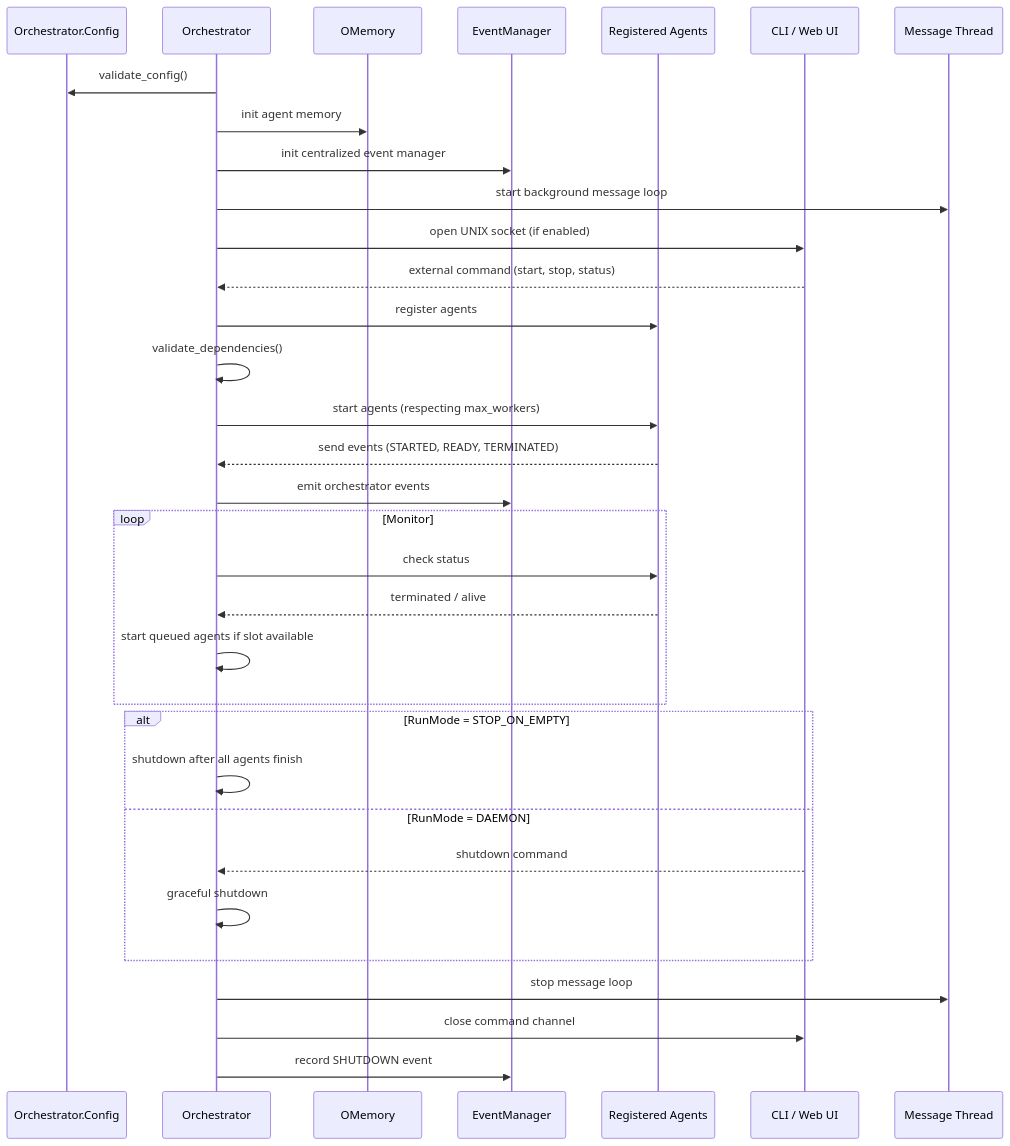
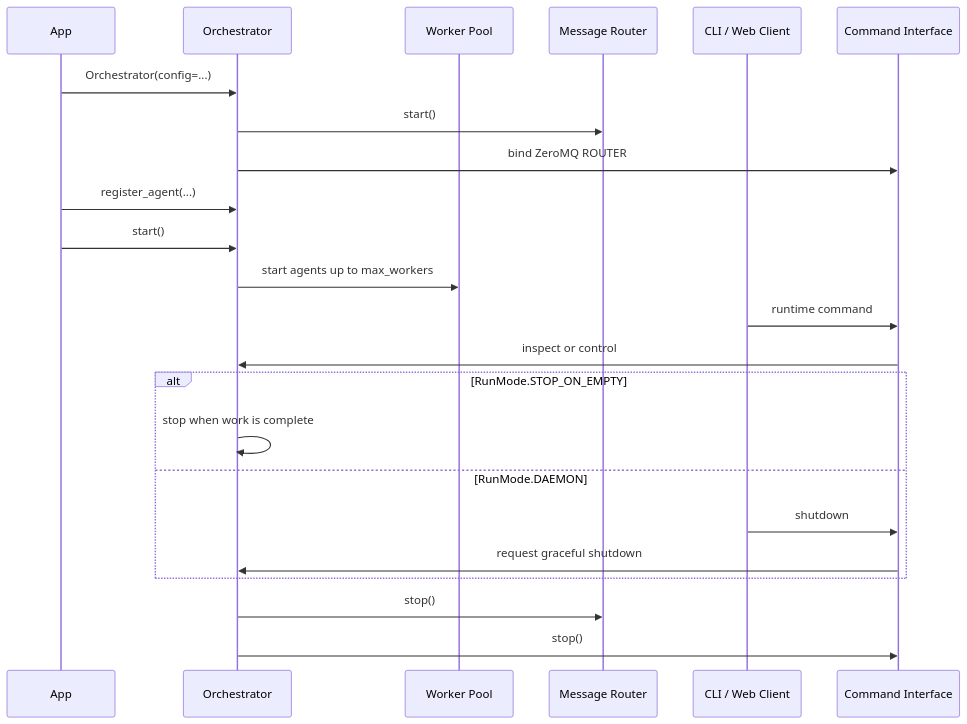
The diagram in docs/learn/orchestrator/built-in-orchestrator/baseorchestrator.mdx (giulio333/PyOrchestrate), drawn with Mermaid before and after one commit. The commit also changed other lines of this file and 13 other files, not shown here.

Commit message:
docs: align CLI and orchestrator references

````diff
--- a/docs/learn/orchestrator/built-in-orchestrator/baseorchestrator.mdx
+++ b/docs/learn/orchestrator/built-in-orchestrator/baseorchestrator.mdx
@@ -17,42 +13,28 @@
 ```mermaid
 sequenceDiagram
-    participant Config as Orchestrator.Config
-    participant Orchestrator as Orchestrator
-    participant Memory as OMemory
-    participant EventManager as EventManager
-    participant Agents as Registered Agents
-    participant CLI as CLI / Web UI
-    participant MsgThread as Message Thread
+    participant App
+    participant Orchestrator
+    participant Workers as Worker Pool
+    participant Router as Message Router
+    participant CLI as CLI / Web Client
+    participant Commands as Command Interface
 
-    Orchestrator->>Config: validate_config()
-    Orchestrator->>Memory: init agent memory
-    Orchestrator->>EventManager: init centralized event manager
-    Orchestrator->>MsgThread: start background message loop
-    Orchestrator->>CLI: open UNIX socket (if enabled)
+    App->>Orchestrator: Orchestrator(config=...)
+    Orchestrator->>Router: start()
+    Orchestrator->>Commands: bind ZeroMQ ROUTER
+    App->>Orchestrator: register_agent(...)
+    App->>Orchestrator: start()
+    Orchestrator->>Workers: start agents up to max_workers
+    CLI->>Commands: runtime command
+    Commands->>Orchestrator: inspect or control
 
-    CLI-->>Orchestrator: external command (start, stop, status)
-    Orchestrator->>Agents: register agents
-    Orchestrator->>Orchestrator: validate_dependencies()
-    Orchestrator->>Agents: start agents (respecting max_workers)
-
-    Agents-->>Orchestrator: send events (STARTED, READY, TERMINATED)
-    Orchestrator->>EventManager: emit orchestrator events
-
-    loop Monitor
-        Orchestrator->>Agents: check status
-        Agents-->>Orchestrator: terminated / alive
-        Orchestrator->>Orchestrator: start queued agents if slot available
+    alt RunMode.STOP_ON_EMPTY
+        Orchestrator->>Orchestrator: stop when work is complete
+    else RunMode.DAEMON
+        CLI->>Commands: shutdown
+        Commands->>Orchestrator: request graceful shutdown
     end
 
-    alt RunMode = STOP_ON_EMPTY
-        Orchestrator->>Orchestrator: shutdown after all agents finish
-    else RunMode = DAEMON
-        CLI-->>Orchestrator: shutdown command
-        Orchestrator->>Orchestrator: graceful shutdown
-    end
-
-    Orchestrator->>MsgThread: stop message loop
-    Orchestrator->>CLI: close command channel
-    Orchestrator->>EventManager: record SHUTDOWN event
-
+    Orchestrator->>Router: stop()
+    Orchestrator->>Commands: stop()
 ```
````
